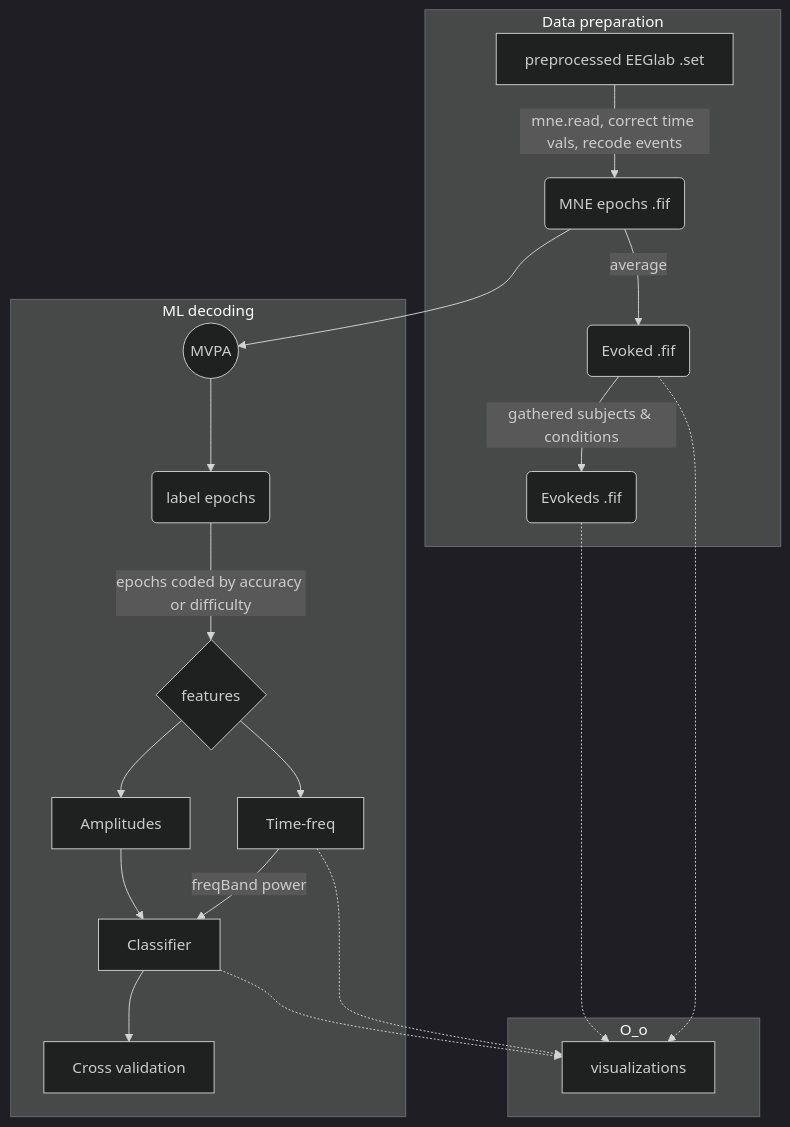
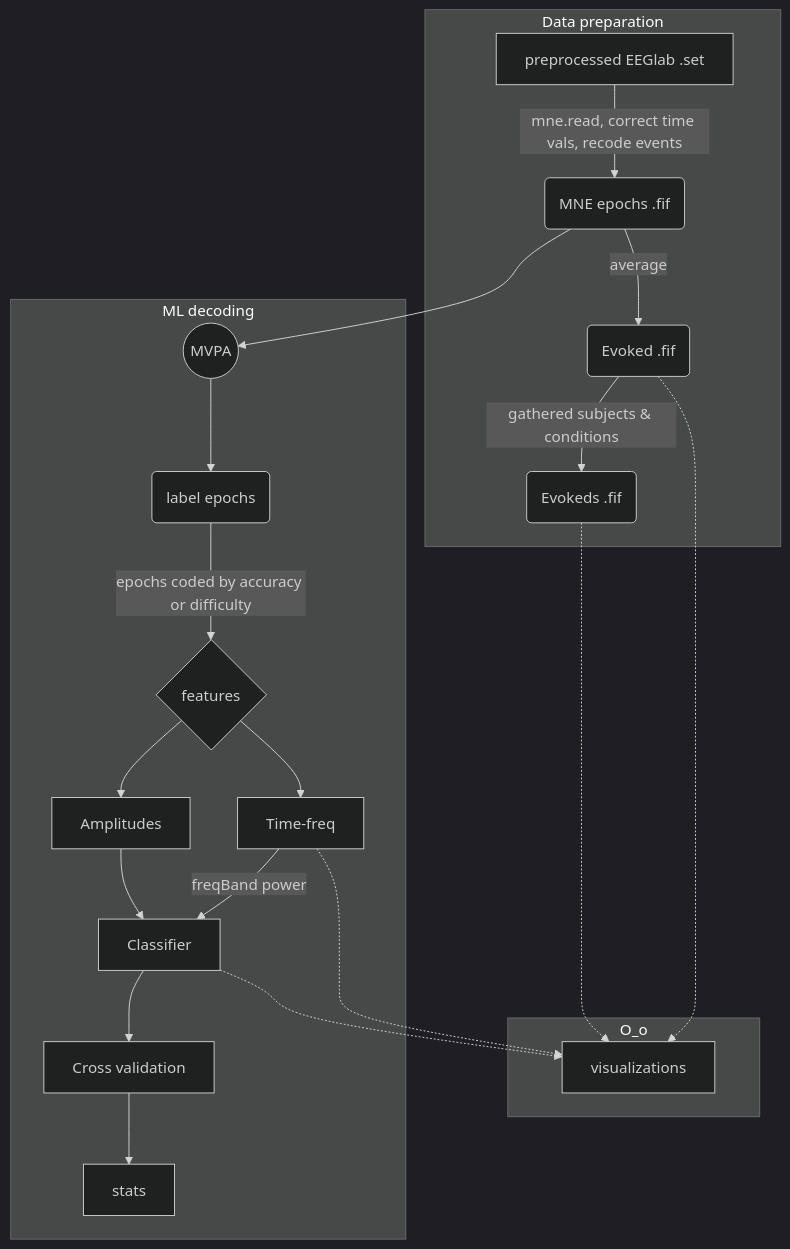
Before and after one commit to gorkafraga/guidesbook: the first of 2 diagrams in 2-Analysis/GUIDE_MachineLearning.md, drawn with Mermaid (dark theme).

````diff
--- a/2-Analysis/GUIDE_MachineLearning.md
+++ b/2-Analysis/GUIDE_MachineLearning.md
@@ -13,27 +13,27 @@
 ```mermaid
 flowchart TB
     subgraph Data preparation  
     
     A[preprocessed EEGlab .set] -->| mne.read, correct time vals, recode events| B(MNE epochs .fif)
     B --> |average|C(Evoked .fif)
     C -->|gathered subjects & conditions| D(Evokeds .fif)
     end
     subgraph O_o
     C .-> V[visualizations]
     D .-> V[visualizations]
     end
 
     subgraph ML decoding
     B --> E((MVPA))
     E --> CO(label epochs)
     CO --> |epochs coded by accuracy or difficulty| FEA{features}
     FEA --> TA[Amplitudes]
     FEA --> TF[Time-freq]
     TF --> |freqBand power|G[Classifier]
     TF .-> V
     G .-> V
     TA --> G
     G --> CV[Cross validation]
-
+    CV --> stats
     end
 ```
````
